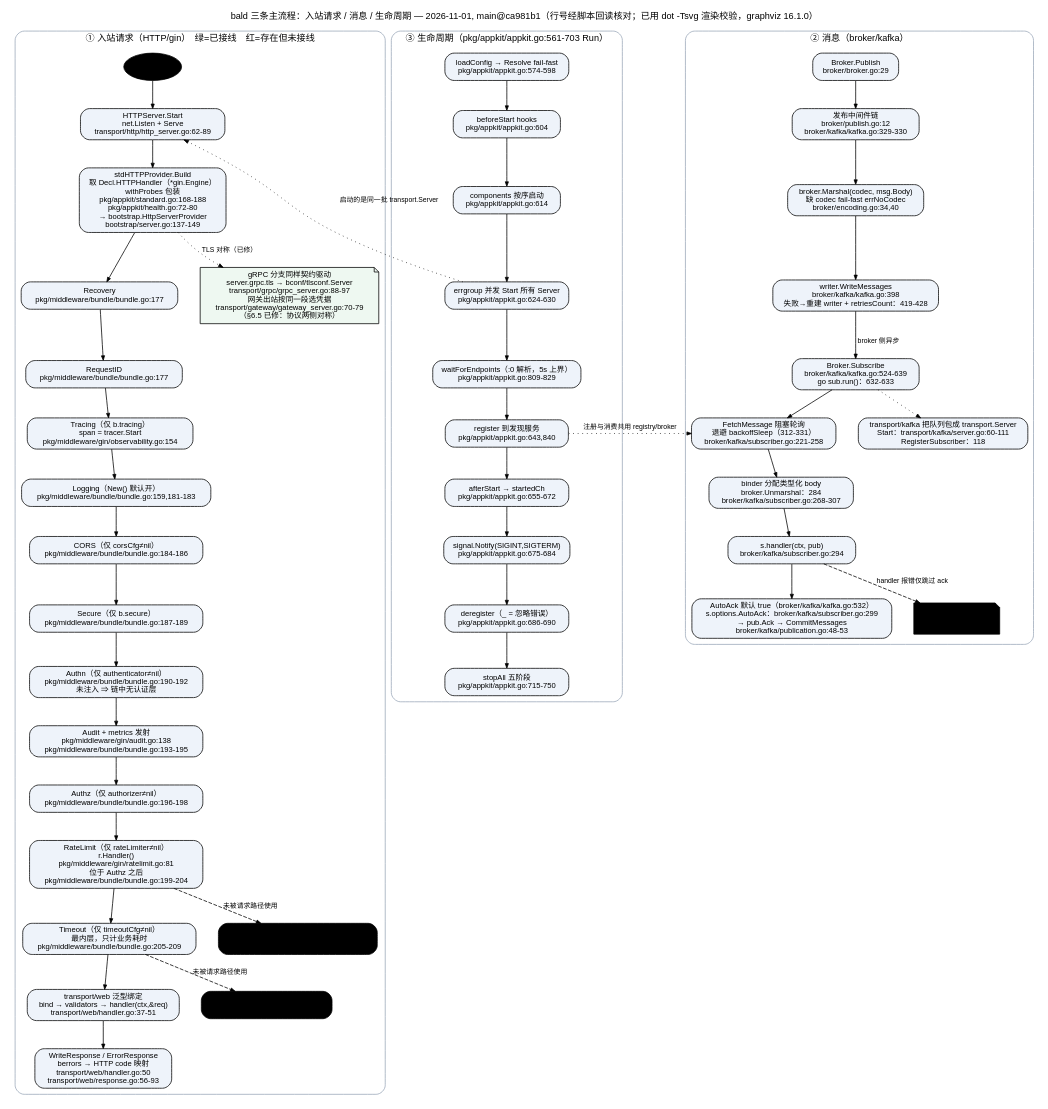
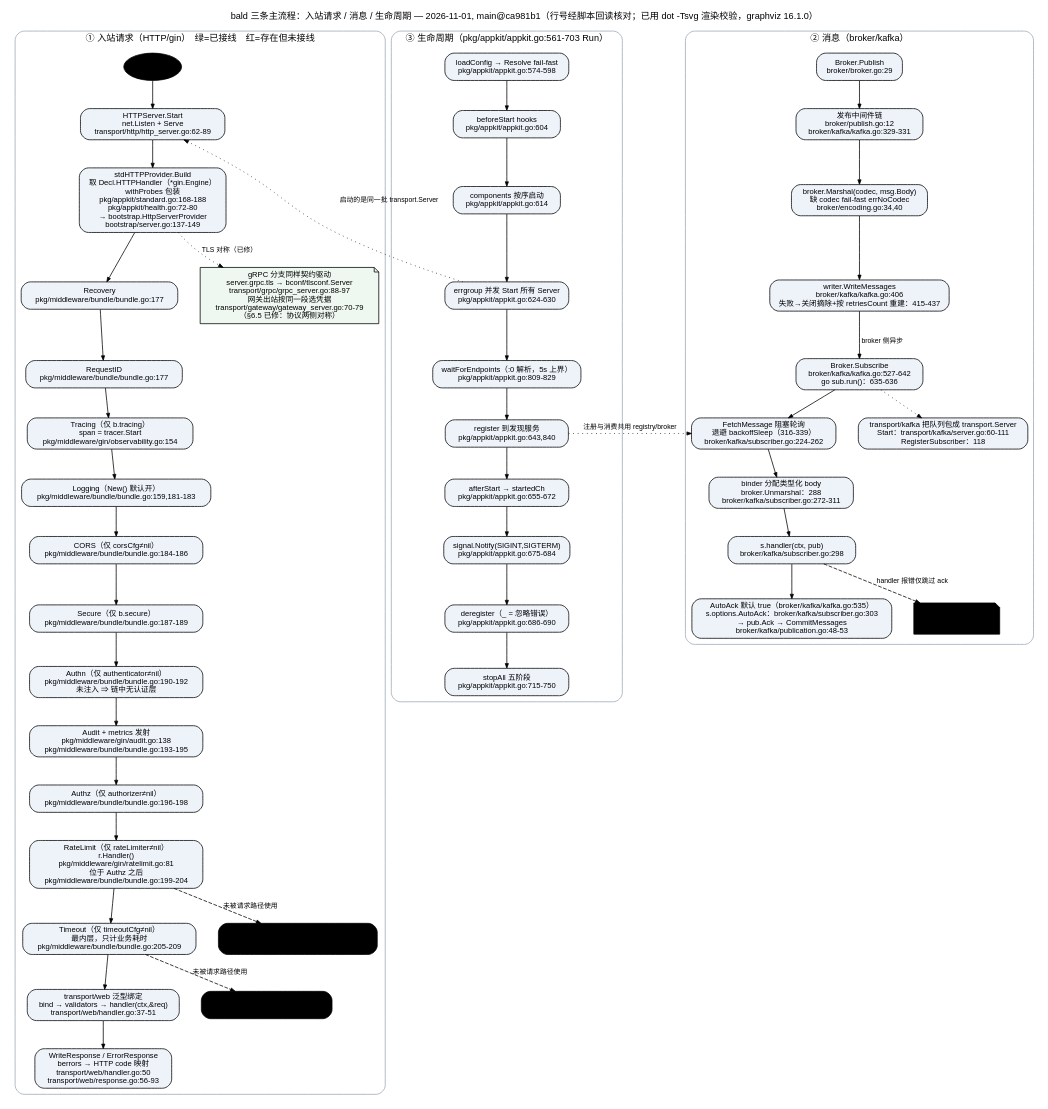
The diagram in docs/architecture/flows.dot (kalandramo/bald), drawn with Graphviz before and after one commit. The commit also changed 4 other files, not shown here.

First line of the commit message:
docs(architecture): §1.3 收口，按 broker/kafka 新行号重核引用与渲染快照

```diff
--- a/docs/architecture/flows.dot
+++ b/docs/architecture/flows.dot
@@ -1,84 +1,84 @@
 digraph bald_flows {
     rankdir=TB;
     graph [fontname="Helvetica", fontsize=12, labelloc=t, ranksep=0.5, nodesep=0.4,
            label="bald 三条主流程：入站请求 / 消息 / 生命周期 — 2026-11-01, main@ca981b1（行号经脚本回读核对；已用 dot -Tsvg 渲染校验，graphviz 16.1.0）"];
     node [fontname="Helvetica", fontsize=10, shape=box, style="rounded,filled", fillcolor="#eef3fa"];
     edge [fontname="Helvetica", fontsize=9, arrowsize=0.6];
 
     // ================= 子图 1：入站请求 =================
     subgraph cluster_req {
         label="① 入站请求（HTTP/gin）　绿=已接线　红=存在但未接线";
         style=rounded; color="#9aa7b8";
 
         client [label="客户端请求", shape=ellipse, fillcolor="#fff"];
         listen [label="HTTPServer.Start\nnet.Listen + Serve\n transport/http/http_server.go:62-89"];
         build [label="stdHTTPProvider.Build\n取 Decl.HTTPHandler（*gin.Engine）\nwithProbes 包装\n pkg/appkit/standard.go:168-188\n pkg/appkit/health.go:72-80\n → bootstrap.HttpServerProvider\n bootstrap/server.go:137-149"];
         rec [label="Recovery\n pkg/middleware/bundle/bundle.go:177"];
         rid [label="RequestID\n pkg/middleware/bundle/bundle.go:177"];
         trc [label="Tracing（仅 b.tracing）\n span = tracer.Start\n pkg/middleware/gin/observability.go:154"];
         lg [label="Logging（New() 默认开）\n pkg/middleware/bundle/bundle.go:159,181-183"];
         cors [label="CORS（仅 corsCfg≠nil）\n pkg/middleware/bundle/bundle.go:184-186"];
         sec [label="Secure（仅 b.secure）\n pkg/middleware/bundle/bundle.go:187-189"];
         authn [label="Authn（仅 authenticator≠nil）\n pkg/middleware/bundle/bundle.go:190-192\n 未注入 ⇒ 链中无认证层"];
         audit [label="Audit + metrics 发射\n pkg/middleware/gin/audit.go:138\n pkg/middleware/bundle/bundle.go:193-195"];
         authz [label="Authz（仅 authorizer≠nil）\n pkg/middleware/bundle/bundle.go:196-198"];
         rl [label="RateLimit（仅 rateLimiter≠nil）\n r.Handler()\n pkg/middleware/gin/ratelimit.go:81\n 位于 Authz 之后\n pkg/middleware/bundle/bundle.go:199-204"];
         to [label="Timeout（仅 timeoutCfg≠nil）\n最内层，只计业务耗时\n pkg/middleware/bundle/bundle.go:205-209"];
         hdl [label="transport/web 泛型绑定\nbind → validators → handler(ctx,&req)\n transport/web/handler.go:37-51"];
         resp [label="WriteResponse / ErrorResponse\nberrors → HTTP code 映射\n transport/web/handler.go:50\n transport/web/response.go:56-93"];
 
         retry_box [label="retry\n零 importer\n（唯一提及 ratelimit/bbr/bbr.go:68 注释）", color="#c33", fontcolor="#c33", fillcolor="#fff"];
         cb_box [label="circuitbreaker\n无 transport / middleware 消费方", color="#c33", fontcolor="#c33", fillcolor="#fff"];
         grpc_tls [label="gRPC 分支同样契约驱动\nserver.grpc.tls → bconf/tlsconf.Server\n transport/grpc/grpc_server.go:88-97\n网关出站按同一段选凭据\n transport/gateway/gateway_server.go:70-79\n（§6.5 已修：协议两侧对称）", shape=note, color="#3a7", fontcolor="#2a6", fillcolor="#eef8f1"];
 
         client -> listen -> build -> rec;
         rec -> rid -> trc -> lg -> cors -> sec -> authn -> audit -> authz -> rl -> to -> hdl -> resp;
         rl -> retry_box [style=dashed, color="#c33", label="未被请求路径使用", fontcolor="#c33"];
         to -> cb_box [style=dashed, color="#c33", label="未被请求路径使用", fontcolor="#c33"];
         build -> grpc_tls [style=dotted, color="#3a7", label="TLS 对称（已修）", fontcolor="#2a6"];
     }
 
     // ================= 子图 2：消息流 =================
     subgraph cluster_msg {
         label="② 消息（broker/kafka）";
         style=rounded; color="#9aa7b8";
         pub [label="Broker.Publish\n broker/broker.go:29"];
-        pubmw [label="发布中间件链\n broker/publish.go:12\n broker/kafka/kafka.go:329-330"];
+        pubmw [label="发布中间件链\n broker/publish.go:12\n broker/kafka/kafka.go:329-331"];
         marshal [label="broker.Marshal(codec, msg.Body)\n缺 codec fail-fast errNoCodec\n broker/encoding.go:34,40"];
-        write [label="writer.WriteMessages\n broker/kafka/kafka.go:398\n失败→重建 writer + retriesCount：419-428"];
-        sub [label="Broker.Subscribe\n broker/kafka/kafka.go:524-639\ngo sub.run()：632-633"];
-        poll [label="FetchMessage 阻塞轮询\n退避 backoffSleep（312-331）\n broker/kafka/subscriber.go:221-258"];
-        unmarshal [label="binder 分配类型化 body\nbroker.Unmarshal：284\n broker/kafka/subscriber.go:268-307"];
-        handler [label="s.handler(ctx, pub)\n broker/kafka/subscriber.go:294"];
-        ack [label="AutoAck 默认 true（broker/kafka/kafka.go:532）\ns.options.AutoAck：broker/kafka/subscriber.go:299\n→ pub.Ack → CommitMessages\n broker/kafka/publication.go:48-53"];
+        write [label="writer.WriteMessages\n broker/kafka/kafka.go:406\n失败→关闭摘除+按 retriesCount 重建：415-437"];
+        sub [label="Broker.Subscribe\n broker/kafka/kafka.go:527-642\ngo sub.run()：635-636"];
+        poll [label="FetchMessage 阻塞轮询\n退避 backoffSleep（316-339）\n broker/kafka/subscriber.go:224-262"];
+        unmarshal [label="binder 分配类型化 body\nbroker.Unmarshal：288\n broker/kafka/subscriber.go:272-311"];
+        handler [label="s.handler(ctx, pub)\n broker/kafka/subscriber.go:298"];
+        ack [label="AutoAck 默认 true（broker/kafka/kafka.go:535）\ns.options.AutoAck：broker/kafka/subscriber.go:303\n→ pub.Ack → CommitMessages\n broker/kafka/publication.go:48-53"];
         dlq [label="UNKNOWN\n无重投递 / 无死信队列\n（代码中未发现）", shape=note, color="#c33", fontcolor="#c33", fillcolor="#fff"];
         tsk [label="transport/kafka 把队列包成 transport.Server\nStart：transport/kafka/server.go:60-111\nRegisterSubscriber：118"];
 
         pub -> pubmw -> marshal -> write;
         write -> sub [label="broker 侧异步"];
         sub -> poll -> unmarshal -> handler -> ack;
         handler -> dlq [style=dashed, color="#c33", label="handler 报错仅跳过 ack", fontcolor="#c33"];
         sub -> tsk [style=dotted];
     }
 
     // ================= 子图 3：生命周期 =================
     subgraph cluster_life {
         label="③ 生命周期（pkg/appkit/appkit.go:561-703 Run）";
         style=rounded; color="#9aa7b8";
         l1 [label="loadConfig → Resolve fail-fast\n pkg/appkit/appkit.go:574-598"];
         l2 [label="beforeStart hooks\n pkg/appkit/appkit.go:604"];
         l3 [label="components 按序启动\n pkg/appkit/appkit.go:614"];
         l4 [label="errgroup 并发 Start 所有 Server\n pkg/appkit/appkit.go:624-630"];
         l5 [label="waitForEndpoints（:0 解析，5s 上界）\n pkg/appkit/appkit.go:809-829"];
         l6 [label="register 到发现服务\n pkg/appkit/appkit.go:643,840"];
         l7 [label="afterStart → startedCh\n pkg/appkit/appkit.go:655-672"];
         l8 [label="signal.Notify(SIGINT,SIGTERM)\n pkg/appkit/appkit.go:675-684"];
         l9 [label="deregister（_ = 忽略错误）\n pkg/appkit/appkit.go:686-690"];
         l10 [label="stopAll 五阶段\n pkg/appkit/appkit.go:715-750"];
         l1 -> l2 -> l3 -> l4 -> l5 -> l6 -> l7 -> l8 -> l9 -> l10;
     }
 
     // 跨子图接缝（不强制布局）
     l4 -> listen [style=dotted, color="#666", label="启动的是同一批 transport.Server", constraint=false];
     l6 -> poll [style=dotted, color="#666", label="注册与消费共用 registry/broker", constraint=false];
 }
```
